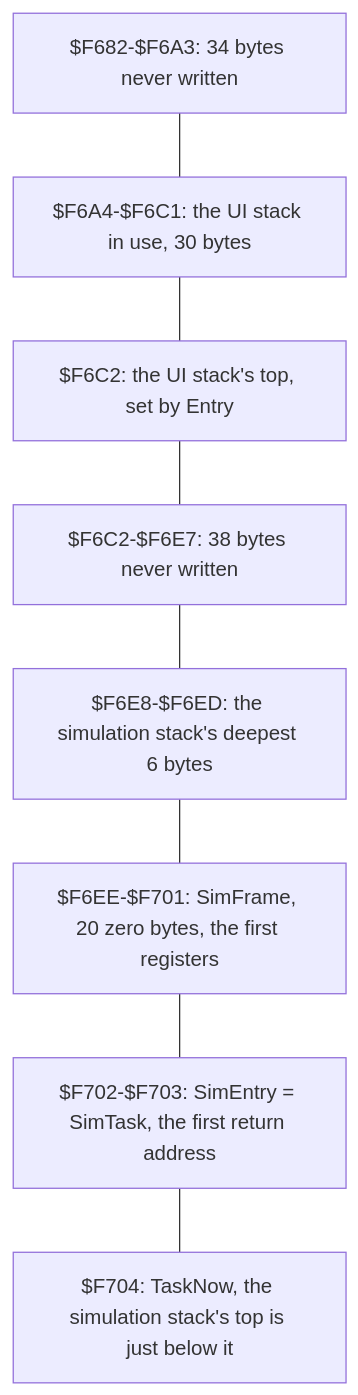
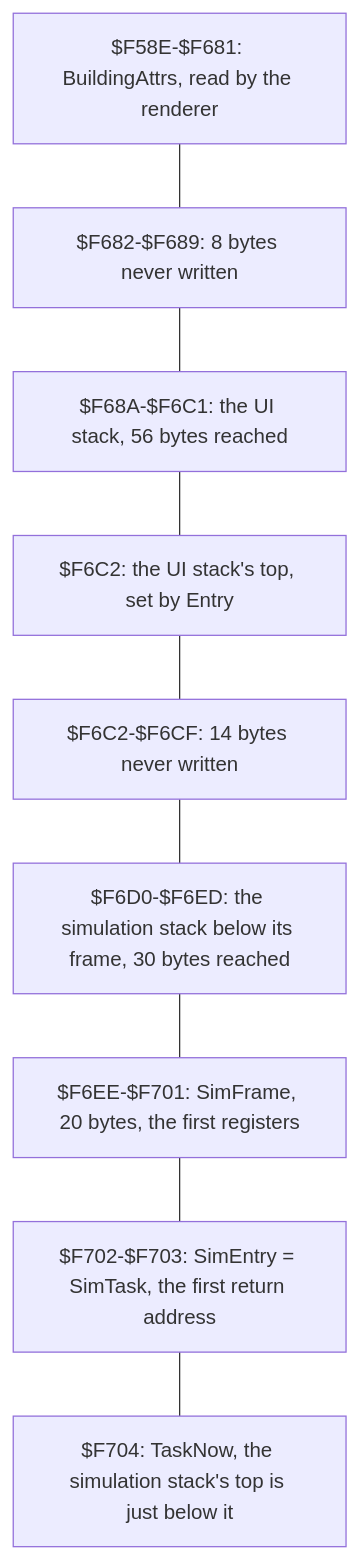
Before and after one commit to alfishe/unrealng-reverse-cases: the second of 3 diagrams in games/simcity/docs/02-architecture.md, drawn with Mermaid. The commit also changed other lines of this file and 40 other files, not shown here.

````diff
--- a/games/simcity/docs/02-architecture.md
+++ b/games/simcity/docs/02-architecture.md
@@ -203,10 +215,11 @@
 ```mermaid
 flowchart TB
-    A["$F682-$F6A3: 34 bytes never written"] --- B["$F6A4-$F6C1: the UI stack in use, 30 bytes"]
+    Z["$F58E-$F681: BuildingAttrs, read by the renderer"] --- A["$F682-$F689: 8 bytes never written"]
+    A --- B["$F68A-$F6C1: the UI stack, 56 bytes reached"]
     B --- C["$F6C2: the UI stack's top, set by Entry"]
-    C --- D["$F6C2-$F6E7: 38 bytes never written"]
-    D --- E["$F6E8-$F6ED: the simulation stack's deepest 6 bytes"]
-    E --- F["$F6EE-$F701: SimFrame, 20 zero bytes, the first registers"]
+    C --- D["$F6C2-$F6CF: 14 bytes never written"]
+    D --- E["$F6D0-$F6ED: the simulation stack below its frame, 30 bytes reached"]
+    E --- F["$F6EE-$F701: SimFrame, 20 bytes, the first registers"]
     F --- G["$F702-$F703: SimEntry = SimTask, the first return address"]
     G --- H["$F704: TaskNow, the simulation stack's top is just below it"]
 ```
````
